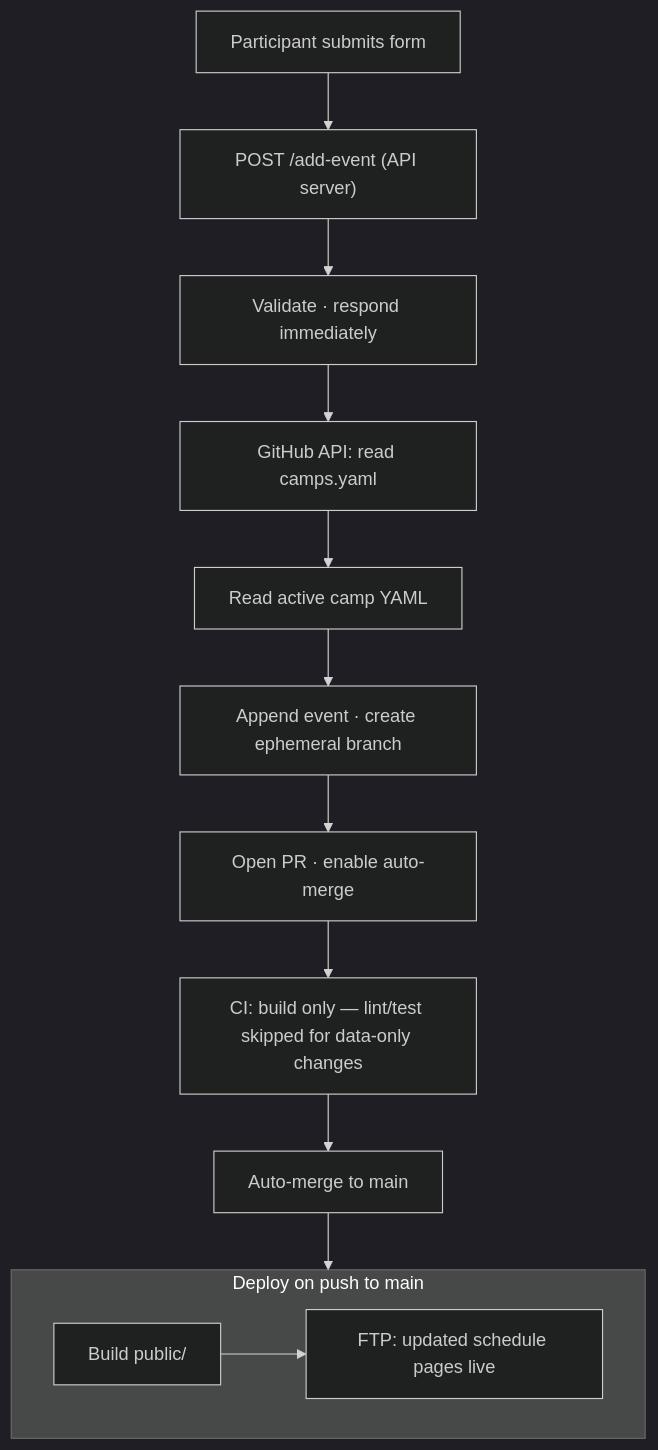
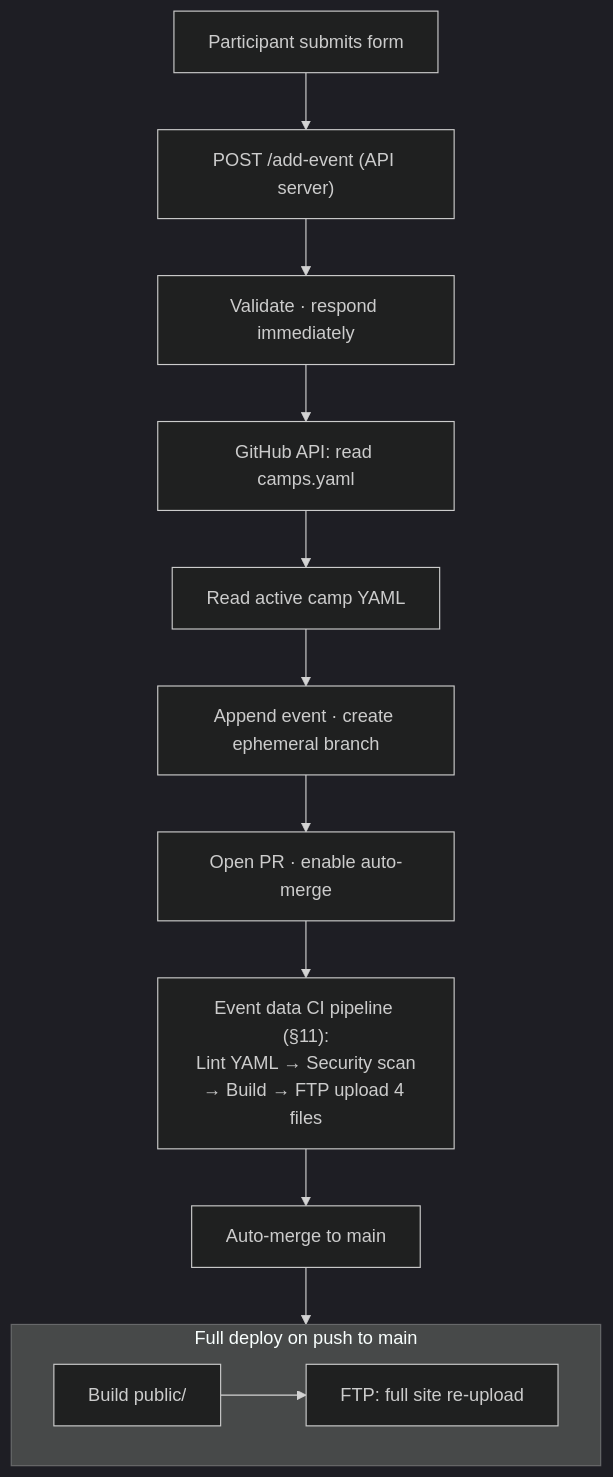
The first of 2 diagrams in docs/03-ARCHITECTURE.md (moggleif/sbsommar), drawn with Mermaid (dark theme) before and after one commit. The commit also changed other lines of this file and 1 other file, not shown here.

Commit message:
docs: document design and traceability for event data CI pipeline

````diff
--- a/docs/03-ARCHITECTURE.md
+++ b/docs/03-ARCHITECTURE.md
@@ -82,16 +84,16 @@
 ```mermaid
 flowchart TD
     A[Participant submits form] --> B["POST /add-event (API server)"]
     B --> C[Validate · respond immediately]
     C --> D[GitHub API: read camps.yaml]
     D --> E[Read active camp YAML]
     E --> F[Append event · create ephemeral branch]
     F --> G[Open PR · enable auto-merge]
-    G --> H[CI: build only — lint/test skipped for data-only changes]
+    G --> H["Event data CI pipeline (§11):\nLint YAML → Security scan\n→ Build → FTP upload 4 files"]
     H --> I[Auto-merge to main]
     I --> J
 
-    subgraph J [Deploy on push to main]
-        K[Build public/] --> L[FTP: updated schedule pages live]
+    subgraph J [Full deploy on push to main]
+        K[Build public/] --> L[FTP: full site re-upload]
     end
 ```
````
